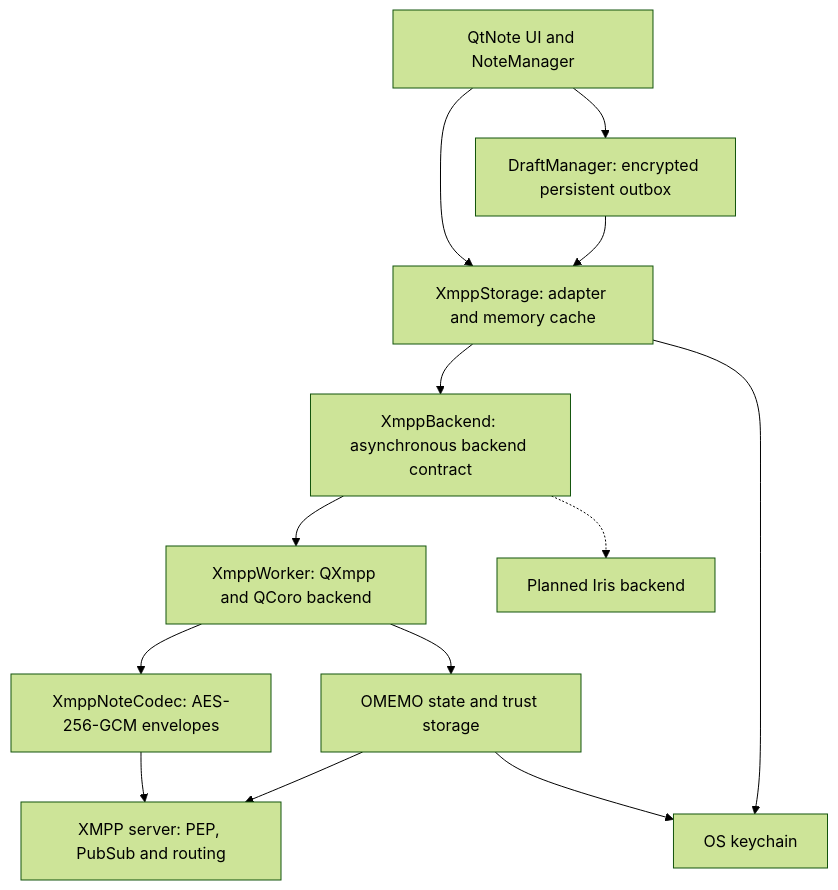
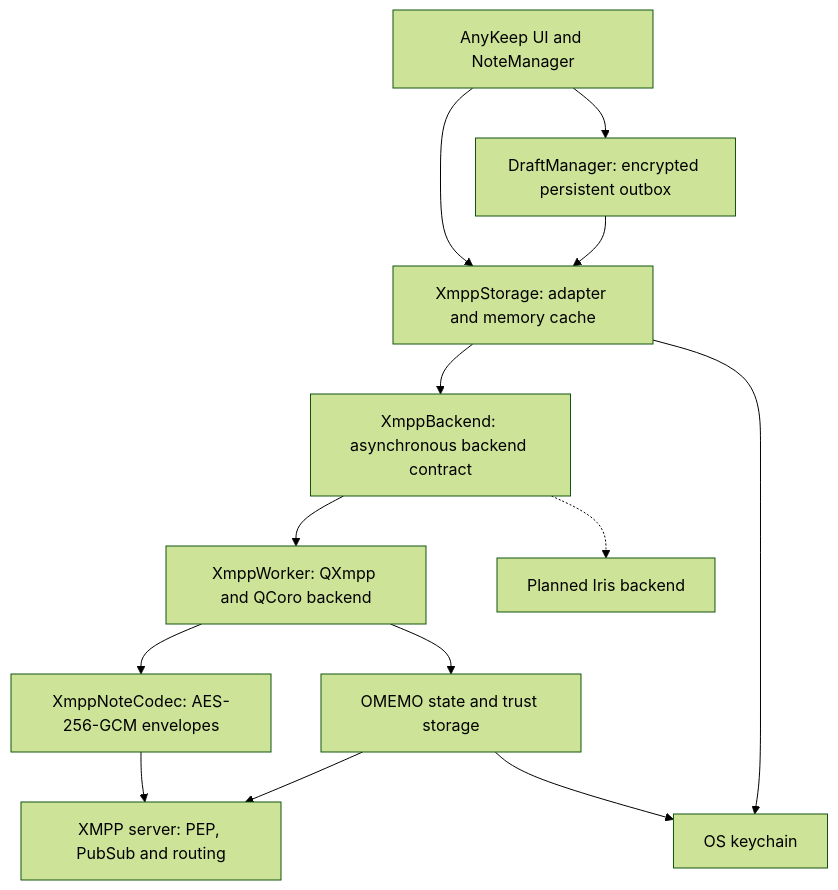
The first of 6 diagrams in plugins/xmpppubsub/README.md (Ri0n/AnyKeep), drawn with Mermaid (forest theme) before and after one commit. The commit also changed other lines of this file and 851 other files, not shown here.

Commit message:
Rebranding to AnyKeep

````diff
--- a/plugins/xmpppubsub/README.md
+++ b/plugins/xmpppubsub/README.md
@@ -115,26 +115,26 @@
 ```mermaid
 graph TD;
-    UI["QtNote UI and NoteManager"];
+    UI["AnyKeep UI and NoteManager"];
     OUTBOX["DraftManager: encrypted persistent outbox"];
     STORAGE["XmppStorage: adapter and memory cache"];
     API["XmppBackend: asynchronous backend contract"];
     QXMPP["XmppWorker: QXmpp and QCoro backend"];
     IRIS["Planned Iris backend"];
     CODEC["XmppNoteCodec: AES-256-GCM envelopes"];
     OMEMO["OMEMO state and trust storage"];
     KEYCHAIN["OS keychain"];
     SERVER["XMPP server: PEP, PubSub and routing"];
 
     UI --> STORAGE;
     UI --> OUTBOX;
     OUTBOX --> STORAGE;
     STORAGE --> API;
     API --> QXMPP;
     API -.-> IRIS;
     QXMPP --> CODEC;
     QXMPP --> OMEMO;
     CODEC --> SERVER;
     OMEMO --> SERVER;
     STORAGE --> KEYCHAIN;
     OMEMO --> KEYCHAIN;
 ```
````
